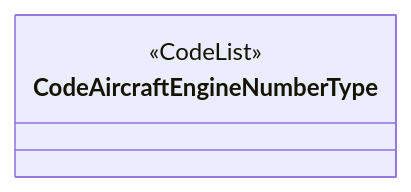
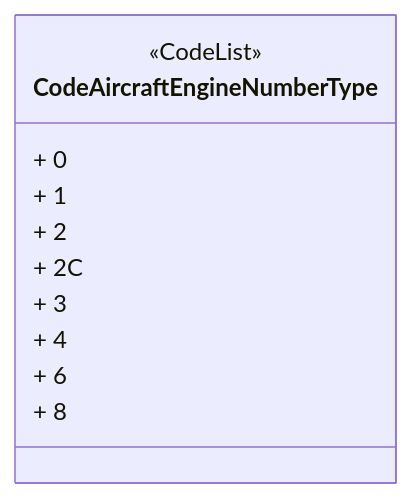
Before and after one commit to hlepori/testAIRM: diagram 26 of 46 in README.md, drawn with Mermaid. The commit also changed other lines of this file, not shown here.

````diff
--- a/README.md
+++ b/README.md
@@ -685,5 +716,13 @@
 ```mermaid	
 classDiagram	
 class CodeAircraftEngineNumberType	
 <<CodeList>> CodeAircraftEngineNumberType	
+CodeAircraftEngineNumberType : + 0	
+CodeAircraftEngineNumberType : + 1	
+CodeAircraftEngineNumberType : + 2	
+CodeAircraftEngineNumberType : + 2C	
+CodeAircraftEngineNumberType : + 3	
+CodeAircraftEngineNumberType : + 4	
+CodeAircraftEngineNumberType : + 6	
+CodeAircraftEngineNumberType : + 8	
 ```	
````
